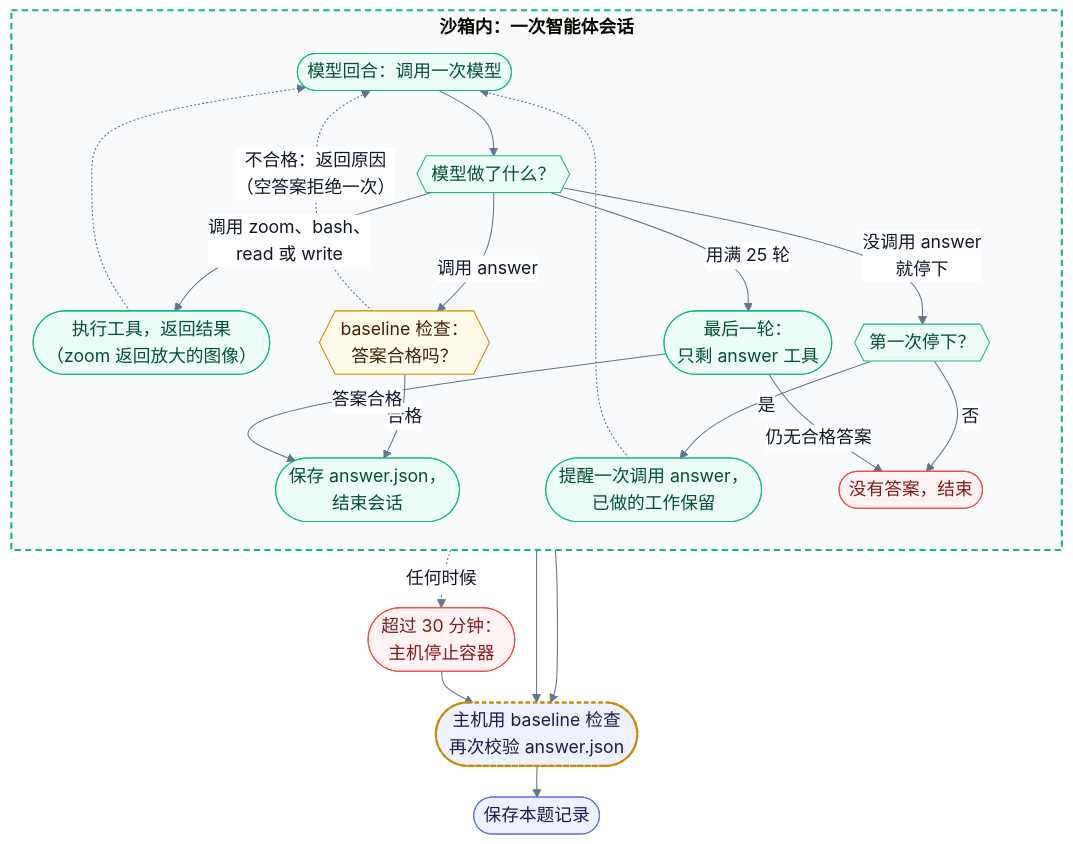
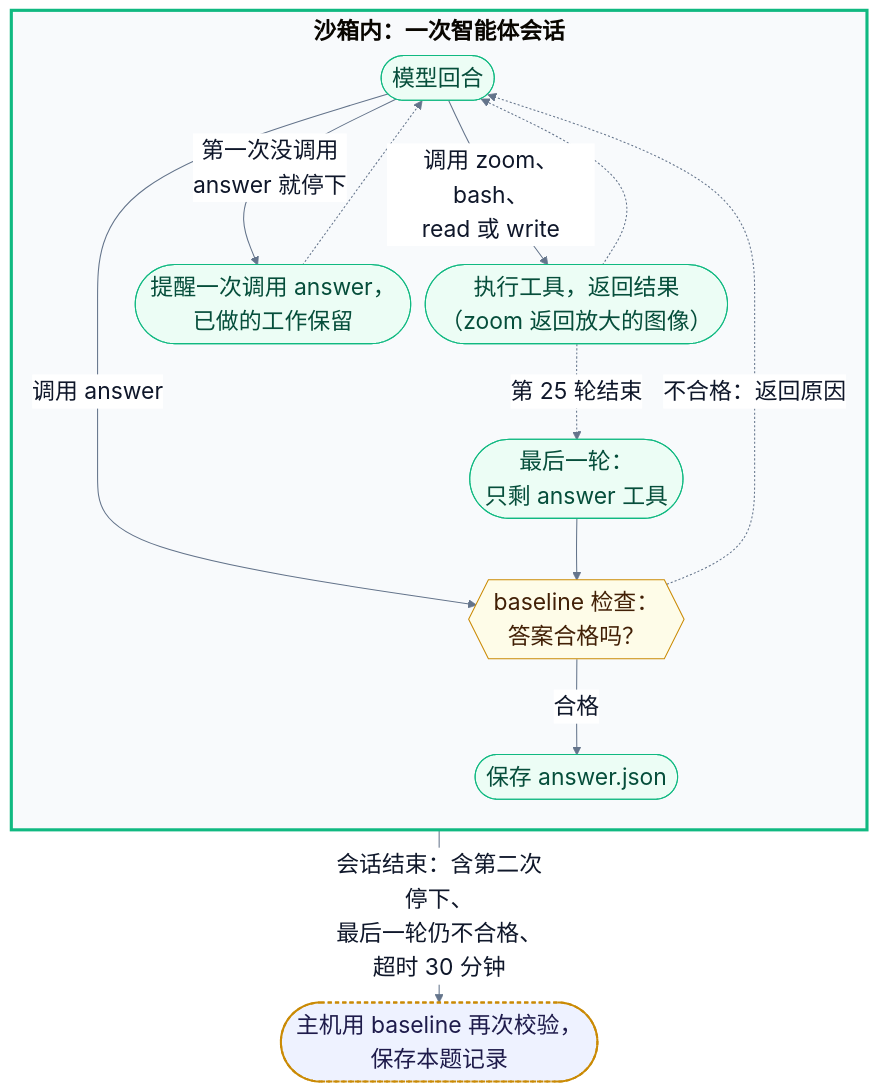
Before and after one commit to eric15342335/AIFep-FDU.github.io: the diagram in docs/diagrams/zh-question-states.mmd, drawn with Mermaid. The commit also changed 7 other files, not shown here.

First line of the commit message:
Report: review fixes, smaller state chart, text-layer word boxes

```diff
--- a/docs/diagrams/zh-question-states.mmd
+++ b/docs/diagrams/zh-question-states.mmd
@@ -1,48 +1,30 @@
-%%{init: {"theme": "base", "themeVariables": {"fontSize": "17px", "lineColor": "#64748b", "primaryTextColor": "#0f172a", "edgeLabelBackground": "#ffffff"}, "flowchart": {"nodeSpacing": 22, "rankSpacing": 30, "padding": 10, "wrappingWidth": 240, "subGraphTitleMargin": {"top": 4, "bottom": 10}}}}%%
+%%{init: {"theme": "base", "themeVariables": {"fontSize": "22px", "lineColor": "#64748b", "primaryTextColor": "#0f172a", "edgeLabelBackground": "#ffffff"}, "flowchart": {"nodeSpacing": 14, "rankSpacing": 34, "padding": 10, "wrappingWidth": 360, "subGraphTitleMargin": {"top": 4, "bottom": 10}}}}%%
 %% Compact Chinese version of question-states.mmd for the course report (docs/report/report.md).
 flowchart TB
     subgraph SESSION["<b>沙箱内：一次智能体会话</b>"]
         direction TB
-        turn(["模型回合：调用一次模型"])
-        what{{"模型做了什么？"}}
+        turn(["模型回合"])
         tool(["执行工具，返回结果<br/>（zoom 返回放大的图像）"])
         check{{"baseline 检查：<br/>答案合格吗？"}}
-        again{{"第一次停下？"}}
         remind(["提醒一次调用 answer，<br/>已做的工作保留"])
         grace(["最后一轮：<br/>只剩 answer 工具"])
-        saved(["保存 answer.json，<br/>结束会话"])
-        noanswer(["没有答案，结束"])
-        turn --> what
-        what -- "调用 zoom、bash、<br/>read 或 write" --> tool
-        what -- "调用 answer" --> check
-        what -- "没调用 answer<br/>就停下" --> again
-        what -- "用满 25 轮" --> grace
+        saved(["保存 answer.json"])
+        turn -- "调用 zoom、bash、<br/>read 或 write" --> tool
+        turn -- "调用 answer" --> check
+        turn -- "第一次没调用<br/>answer 就停下" --> remind
+        tool -. "第 25 轮结束" .-> grace
+        grace --> check
         check -- "合格" --> saved
-        again -- "是" --> remind
-        again -- "否" --> noanswer
-        grace -- "答案合格" --> saved
-        grace -- "仍无合格答案" --> noanswer
         tool -.-> turn
         remind -.-> turn
-        check -. "不合格：返回原因<br/>（空答案拒绝一次）" .-> turn
+        check -. "不合格：返回原因" .-> turn
     end
-
-    timeout(["超过 30 分钟：<br/>主机停止容器"])
-    turn -. "任何时候" .-> timeout
-    hostcheck(["主机用 baseline 检查<br/>再次校验 answer.json"])
-    saved --> hostcheck
-    noanswer --> hostcheck
-    timeout --> hostcheck
-    hostcheck --> record(["保存本题记录"])
+    SESSION -- "会话结束：含第二次停下、<br/>最后一轮仍不合格、<br/>超时 30 分钟" --> host(["主机用 baseline 再次校验，<br/>保存本题记录"])
 
     classDef base fill:#fefce8,stroke:#ca8a04,color:#422006
     classDef usesBase fill:#eef2ff,stroke:#ca8a04,color:#1e1b4b,stroke-width:2px,stroke-dasharray:4 3
-    classDef ours fill:#eef2ff,stroke:#6366f1,color:#1e1b4b
     classDef agent fill:#ecfdf5,stroke:#10b981,color:#064e3b
-    classDef bad fill:#fef2f2,stroke:#ef4444,color:#7f1d1d
     class check base
-    class hostcheck usesBase
-    class record ours
-    class turn,what,tool,again,remind,grace,saved agent
-    class timeout,noanswer bad
-    style SESSION fill:#f8fafc,stroke:#10b981,stroke-width:2px,stroke-dasharray:6 4
+    class host usesBase
+    class turn,tool,remind,grace,saved agent
+    style SESSION fill:#f8fafc,stroke:#10b981,stroke-width:3px
```
